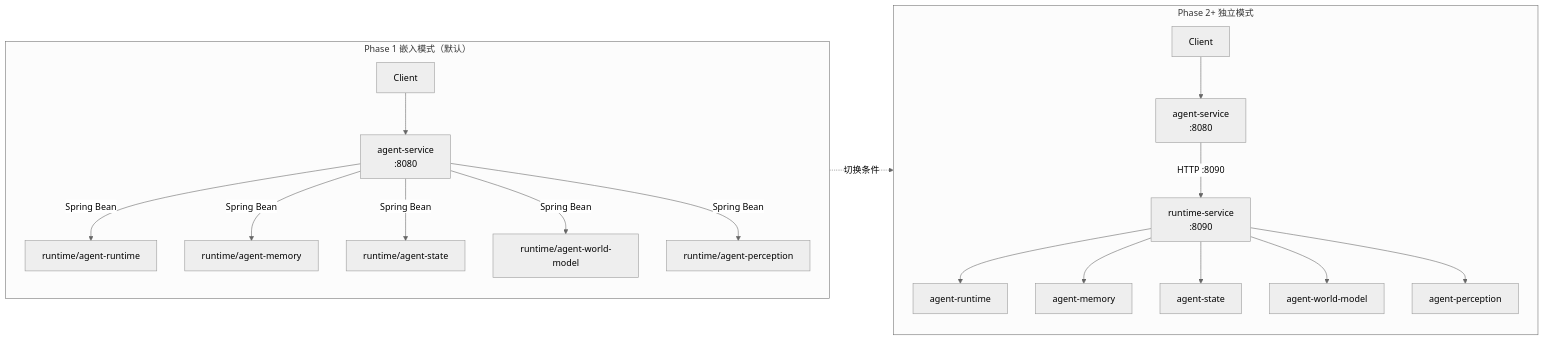
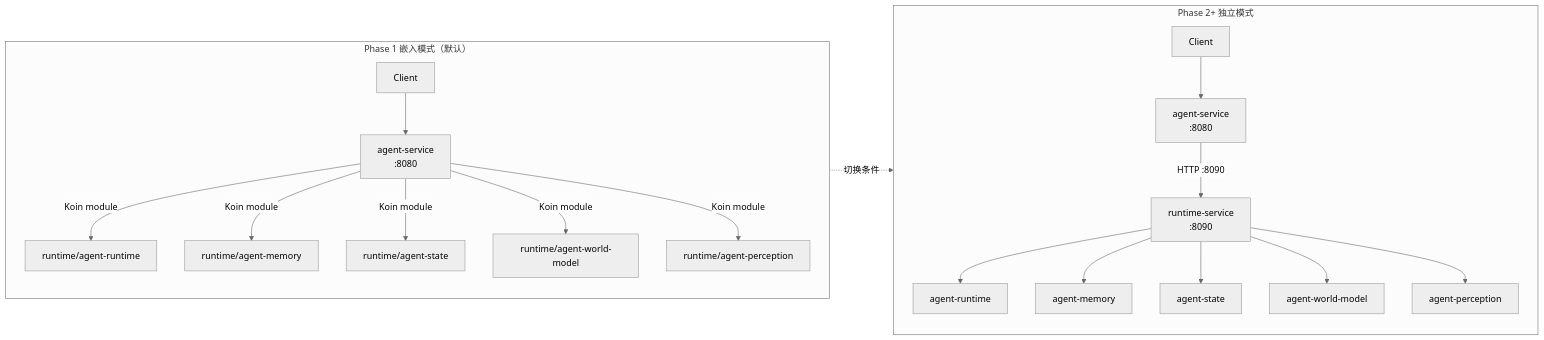
One commit to ayane-ai/ayane-docs changed the third of 3 diagrams in architecture/AgentService工程架构.md. Above: the diagram before and after it, drawn with Mermaid (neutral theme). The commit also changed other lines of this file and 2 other files, not shown here.

First line of the commit message:
refactor(architecture): 更新 AgentService 工程架构文档

````diff
--- a/architecture/AgentService工程架构.md
+++ b/architecture/AgentService工程架构.md
@@ -114,25 +114,25 @@
 ```mermaid
 flowchart LR
     subgraph Embed["Phase 1 嵌入模式（默认）"]
         direction TB
         E_Client[Client] --> E_Service[agent-service<br/>:8080]
-        E_Service -->|Spring Bean| E_Core[runtime/agent-runtime]
-        E_Service -->|Spring Bean| E_Mem[runtime/agent-memory]
-        E_Service -->|Spring Bean| E_State[runtime/agent-state]
-        E_Service -->|Spring Bean| E_WM[runtime/agent-world-model]
-        E_Service -->|Spring Bean| E_Per[runtime/agent-perception]
+        E_Service -->|Koin module| E_Core[runtime/agent-runtime]
+        E_Service -->|Koin module| E_Mem[runtime/agent-memory]
+        E_Service -->|Koin module| E_State[runtime/agent-state]
+        E_Service -->|Koin module| E_WM[runtime/agent-world-model]
+        E_Service -->|Koin module| E_Per[runtime/agent-perception]
     end
 
     subgraph Standalone["Phase 2+ 独立模式"]
         direction TB
         S_Client[Client] --> S_Service[agent-service<br/>:8080]
         S_Service -->|HTTP :8090| S_RT[runtime-service<br/>:8090]
         S_RT --> S_Core2[agent-runtime]
         S_RT --> S_Mem[agent-memory]
         S_RT --> S_State[agent-state]
         S_RT --> S_WM[agent-world-model]
         S_RT --> S_Per[agent-perception]
     end
 
     Embed -.切换条件.-> Standalone
 ```
````
